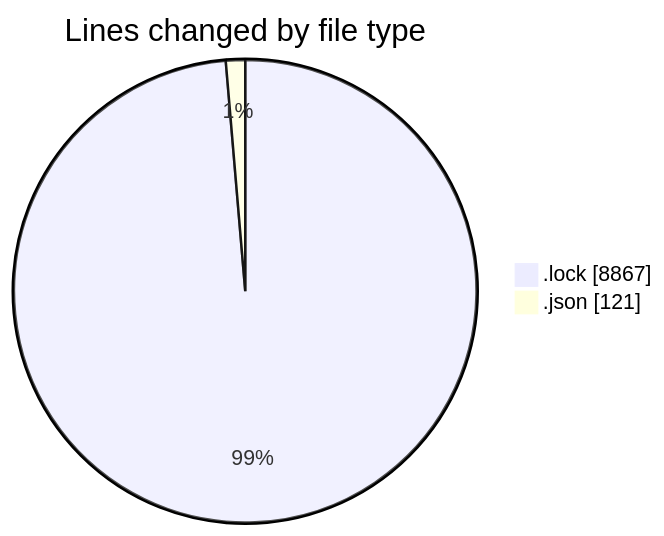
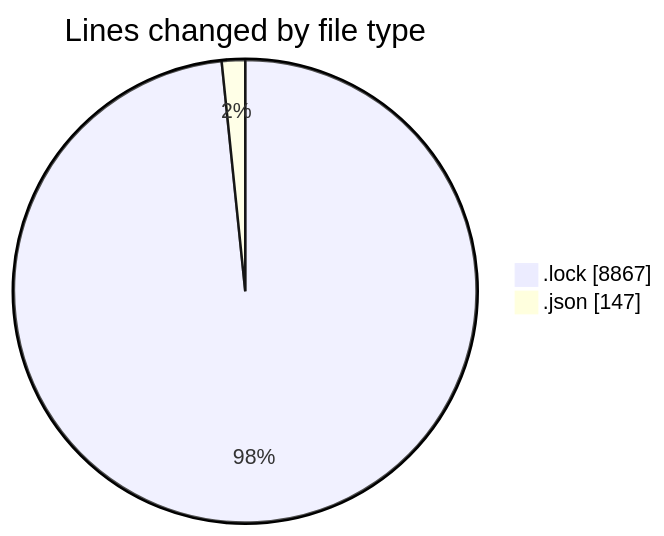
One commit to momahboobian/code-tracking changed the first of 2 diagrams in 2025-10-20/cda/README.md. Above: the diagram before and after it, drawn with Mermaid. The commit also changed other lines of this file and 1 other file, not shown here.

````diff
--- a/2025-10-20/cda/README.md
+++ b/2025-10-20/cda/README.md
@@ -22,6 +23,6 @@
 ```mermaid
 pie showData
 title Lines changed by file type
 ".lock" : 8867
-".json" : 121
+".json" : 147
 ```
````
